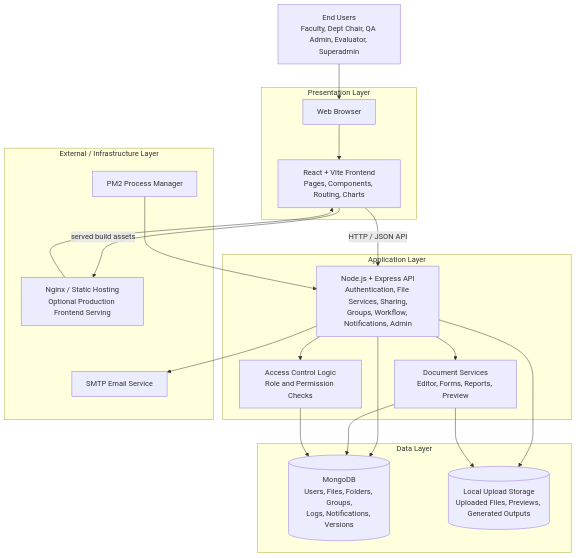
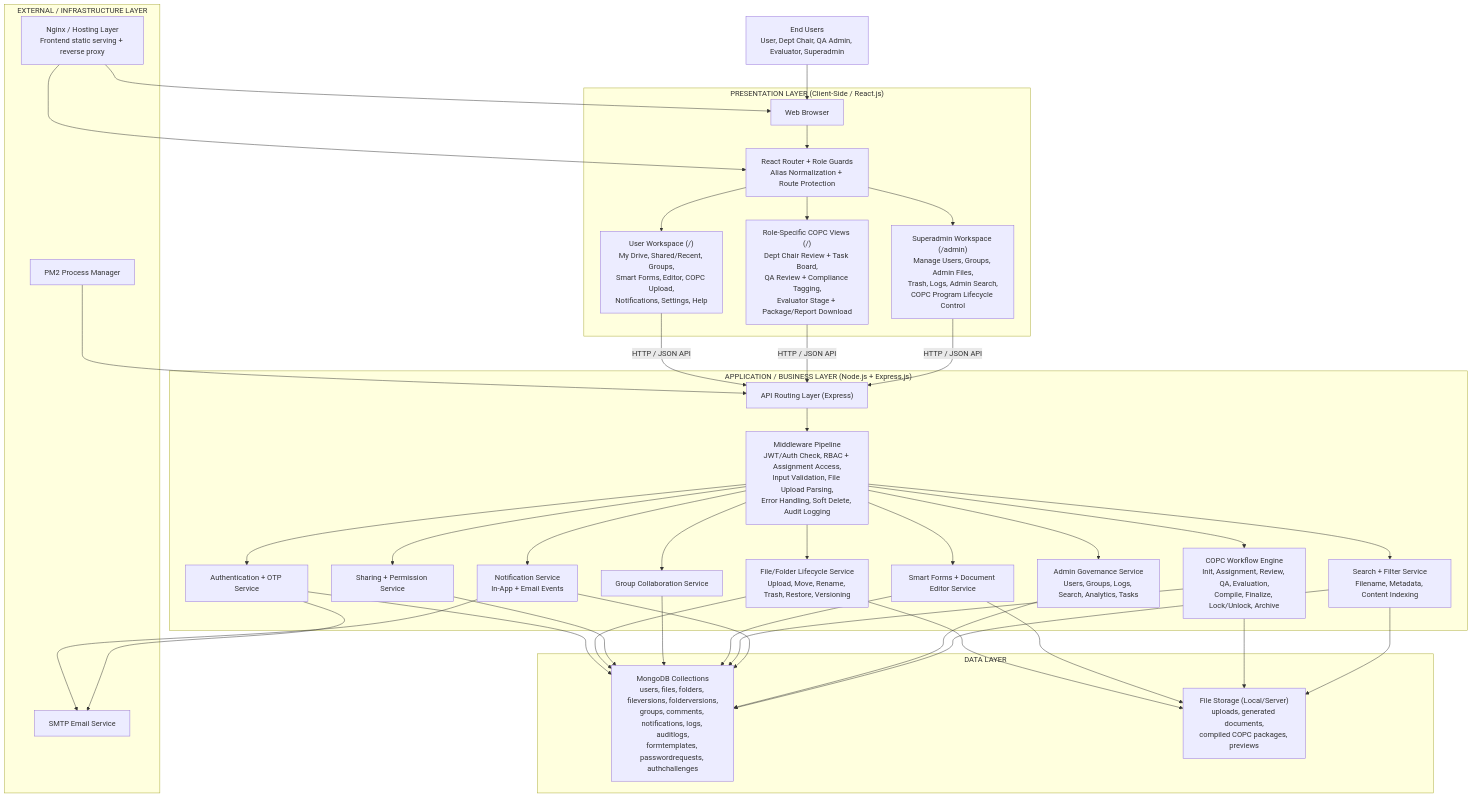
Before and after one commit to Jkyle101/DocuDB: the diagram in System_Architecture_Diagram.mmd, drawn with Mermaid. The commit also changed 469 other files, not shown here.

```diff
--- a/System_Architecture_Diagram.mmd
+++ b/System_Architecture_Diagram.mmd
@@ -1,41 +1,76 @@
 flowchart TB
-    user[End Users<br/>Faculty, Dept Chair, QA Admin, Evaluator, Superadmin]
+    endUsers["End Users<br/>User, Dept Chair, QA Admin, Evaluator, Superadmin"]
 
-    subgraph presentation[Presentation Layer]
-        browser[Web Browser]
-        frontend[React + Vite Frontend<br/>Pages, Components, Routing, Charts]
+    subgraph presentation["PRESENTATION LAYER (Client-Side / React.js)"]
+        browser["Web Browser"]
+        router["React Router + Role Guards<br/>Alias Normalization + Route Protection"]
+        userUI["User Workspace (/)<br/>My Drive, Shared/Recent, Groups,<br/>Smart Forms, Editor, COPC Upload,<br/>Notifications, Settings, Help"]
+        roleUI["Role-Specific COPC Views (/)<br/>Dept Chair Review + Task Board,<br/>QA Review + Compliance Tagging,<br/>Evaluator Stage + Package/Report Download"]
+        adminUI["Superadmin Workspace (/admin)<br/>Manage Users, Groups, Admin Files,<br/>Trash, Logs, Admin Search,<br/>COPC Program Lifecycle Control"]
     end
 
-    subgraph app[Application Layer]
-        api[Node.js + Express API<br/>Authentication, File Services, Sharing,<br/>Groups, Workflow, Notifications, Admin]
-        auth[Access Control Logic<br/>Role and Permission Checks]
-        forms[Document Services<br/>Editor, Forms, Reports, Preview]
+    subgraph app["APPLICATION / BUSINESS LAYER (Node.js + Express.js)"]
+        gateway["API Routing Layer (Express)"]
+        middleware["Middleware Pipeline<br/>JWT/Auth Check, RBAC + Assignment Access,<br/>Input Validation, File Upload Parsing,<br/>Error Handling, Soft Delete, Audit Logging"]
+        authSvc["Authentication + OTP Service"]
+        fileSvc["File/Folder Lifecycle Service<br/>Upload, Move, Rename, Trash, Restore, Versioning"]
+        shareSvc["Sharing + Permission Service"]
+        groupSvc["Group Collaboration Service"]
+        formSvc["Smart Forms + Document Editor Service"]
+        copcSvc["COPC Workflow Engine<br/>Init, Assignment, Review, QA, Evaluation,<br/>Compile, Finalize, Lock/Unlock, Archive"]
+        notifSvc["Notification Service<br/>In-App + Email Events"]
+        adminSvc["Admin Governance Service<br/>Users, Groups, Logs, Search, Analytics, Tasks"]
+        searchSvc["Search + Filter Service<br/>Filename, Metadata, Content Indexing"]
     end
 
-    subgraph data[Data Layer]
-        mongo[(MongoDB<br/>Users, Files, Folders, Groups,<br/>Logs, Notifications, Versions)]
-        storage[(Local Upload Storage<br/>Uploaded Files, Previews, Generated Outputs)]
+    subgraph data["DATA LAYER"]
+        mongo["MongoDB Collections<br/>users, files, folders, fileversions, folderversions,<br/>groups, comments, notifications, logs, auditlogs,<br/>formtemplates, passwordrequests, authchallenges"]
+        storage["File Storage (Local/Server)<br/>uploads, generated documents,<br/>compiled COPC packages, previews"]
     end
 
-    subgraph external[External / Infrastructure Layer]
-        smtp[SMTP Email Service]
-        pm2[PM2 Process Manager]
-        nginx[Nginx / Static Hosting<br/>Optional Production Frontend Serving]
+    subgraph infra["EXTERNAL / INFRASTRUCTURE LAYER"]
+        smtp["SMTP Email Service"]
+        pm2["PM2 Process Manager"]
+        nginx["Nginx / Hosting Layer<br/>Frontend static serving + reverse proxy"]
     end
 
-    user --> browser
-    browser --> frontend
-    frontend -->|HTTP / JSON API| api
-    frontend -->|served build assets| nginx
+    endUsers --> browser
+    browser --> router
+    router --> userUI
+    router --> roleUI
+    router --> adminUI
 
-    api --> auth
-    api --> forms
-    api --> mongo
-    api --> storage
-    api --> smtp
-    pm2 --> api
-    nginx --> frontend
+    userUI -->|HTTP / JSON API| gateway
+    roleUI -->|HTTP / JSON API| gateway
+    adminUI -->|HTTP / JSON API| gateway
 
-    forms --> storage
-    forms --> mongo
-    auth --> mongo
+    gateway --> middleware
+    middleware --> authSvc
+    middleware --> fileSvc
+    middleware --> shareSvc
+    middleware --> groupSvc
+    middleware --> formSvc
+    middleware --> copcSvc
+    middleware --> notifSvc
+    middleware --> adminSvc
+    middleware --> searchSvc
+
+    authSvc --> mongo
+    fileSvc --> mongo
+    fileSvc --> storage
+    shareSvc --> mongo
+    groupSvc --> mongo
+    formSvc --> mongo
+    formSvc --> storage
+    copcSvc --> mongo
+    copcSvc --> storage
+    notifSvc --> mongo
+    notifSvc --> smtp
+    adminSvc --> mongo
+    searchSvc --> mongo
+    searchSvc --> storage
+
+    pm2 --> gateway
+    nginx --> browser
+    nginx --> router
+    authSvc --> smtp
```
